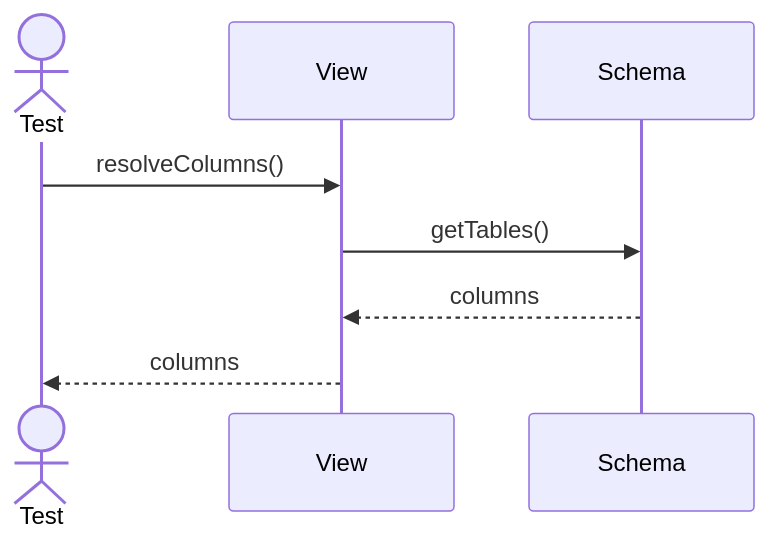
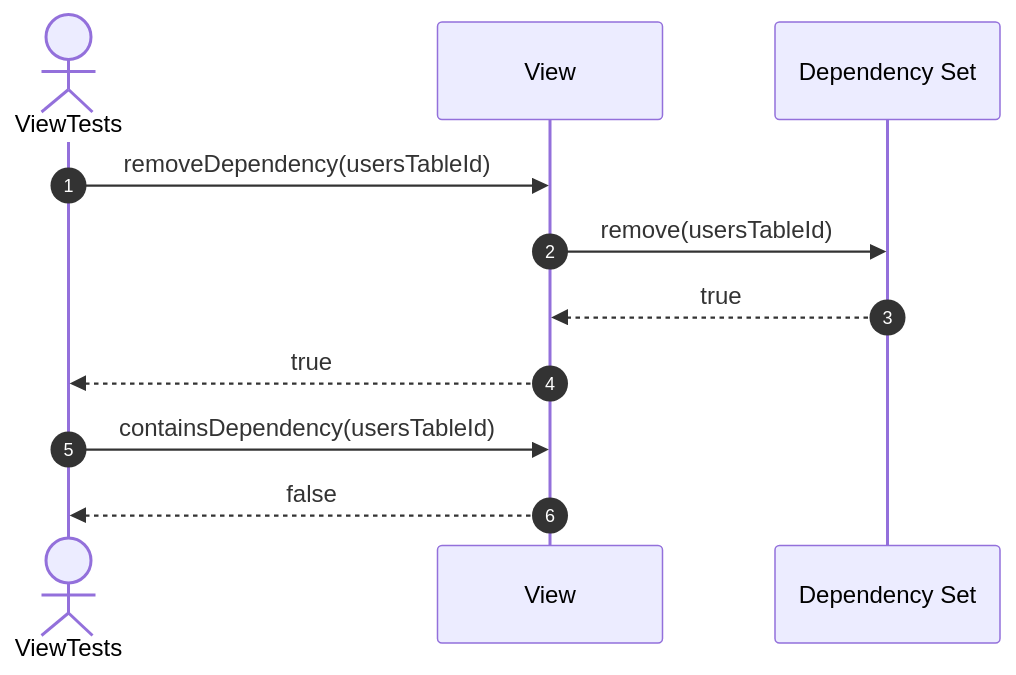
Before and after one commit to FhuAnn/-bbv-AN-s-DBMS: diagram 12 of 21 in src/tests/unit/metadata/sequences/view-testing.se.md, drawn with Mermaid. The commit also changed other lines of this file and 60 other files, not shown here.

Commit message:
refactor data table, row, column, constraint, index test file

````diff
--- a/src/tests/unit/metadata/sequences/view-testing.se.md
+++ b/src/tests/unit/metadata/sequences/view-testing.se.md
@@ -177,11 +202,15 @@
 ```mermaid
 sequenceDiagram
-actor Test
-participant View
-participant Schema
+    autonumber
+    actor Test as ViewTests
+    participant View as View
+    participant Dependencies as Dependency Set
 
-Test->>View: resolveColumns()
-View->>Schema: getTables()
-Schema-->>View: columns
-View-->>Test: columns
+    Test->>View: removeDependency(usersTableId)
+    View->>Dependencies: remove(usersTableId)
+    Dependencies-->>View: true
+    View-->>Test: true
+
+    Test->>View: containsDependency(usersTableId)
+    View-->>Test: false
 ```
````
